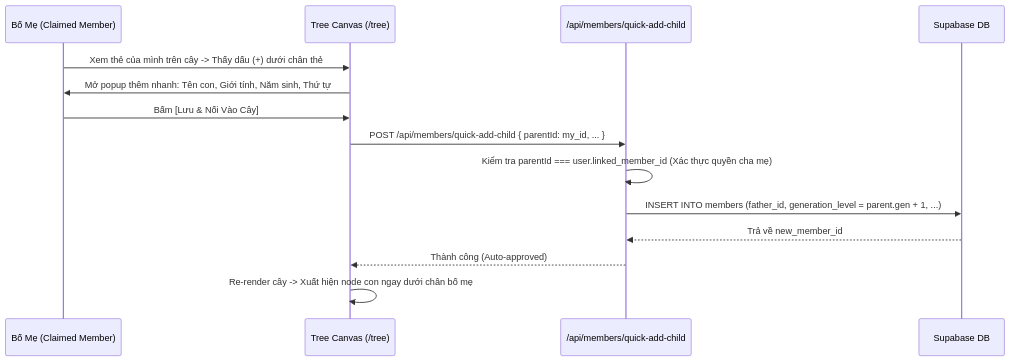
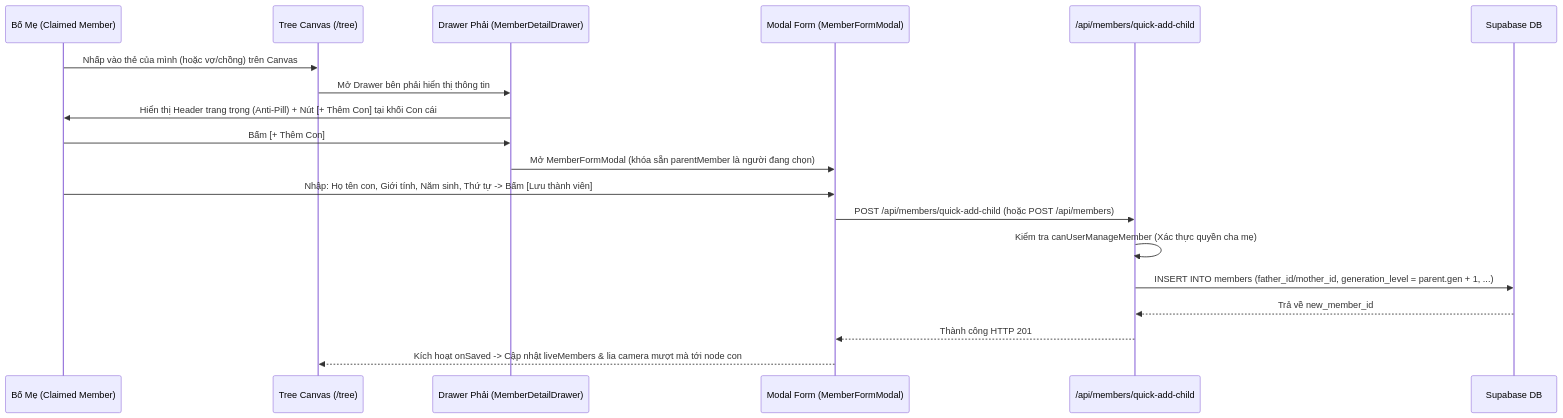
The second of 2 diagrams in docs/17_Micro-Spec_Milestone_8_Member_Onboarding_Decentralized_Approval.md (giappt/gia-pha), drawn with Mermaid before and after one commit. The commit also changed other lines of this file and 36 other files, not shown here.

````diff
--- a/docs/17_Micro-Spec_Milestone_8_Member_Onboarding_Decentralized_Approval.md
+++ b/docs/17_Micro-Spec_Milestone_8_Member_Onboarding_Decentralized_Approval.md
@@ -162,17 +169,22 @@
 ```mermaid
 sequenceDiagram
     participant M as Bố Mẹ (Claimed Member)
     participant C as Tree Canvas (/tree)
+    participant D as Drawer Phải (MemberDetailDrawer)
+    participant F as Modal Form (MemberFormModal)
     participant API as /api/members/quick-add-child
     participant DB as Supabase DB
 
-    M->>C: Xem thẻ của mình trên cây -> Thấy dấu (+) dưới chân thẻ
-    C->>M: Mở popup thêm nhanh: Tên con, Giới tính, Năm sinh, Thứ tự
-    M->>C: Bấm [Lưu & Nối Vào Cây]
-    C->>API: POST /api/members/quick-add-child { parentId: my_id, ... }
-    API->>API: Kiểm tra parentId === user.linked_member_id (Xác thực quyền cha mẹ)
-    API->>DB: INSERT INTO members (father_id, generation_level = parent.gen + 1, ...)
+    M->>C: Nhấp vào thẻ của mình (hoặc vợ/chồng) trên Canvas
+    C->>D: Mở Drawer bên phải hiển thị thông tin
+    D->>M: Hiển thị Header trang trọng (Anti-Pill) + Nút [+ Thêm Con] tại khối Con cái
+    M->>D: Bấm [+ Thêm Con]
+    D->>F: Mở MemberFormModal (khóa sẵn parentMember là người đang chọn)
+    M->>F: Nhập: Họ tên con, Giới tính, Năm sinh, Thứ tự -> Bấm [Lưu thành viên]
+    F->>API: POST /api/members/quick-add-child (hoặc POST /api/members)
+    API->>API: Kiểm tra canUserManageMember (Xác thực quyền cha mẹ)
+    API->>DB: INSERT INTO members (father_id/mother_id, generation_level = parent.gen + 1, ...)
     DB-->>API: Trả về new_member_id
-    API-->>C: Thành công (Auto-approved)
-    C->>C: Re-render cây -> Xuất hiện node con ngay dưới chân bố mẹ
+    API-->>F: Thành công HTTP 201
+    F-->>C: Kích hoạt onSaved -> Cập nhật liveMembers & lia camera mượt mà tới node con
 ```
````
